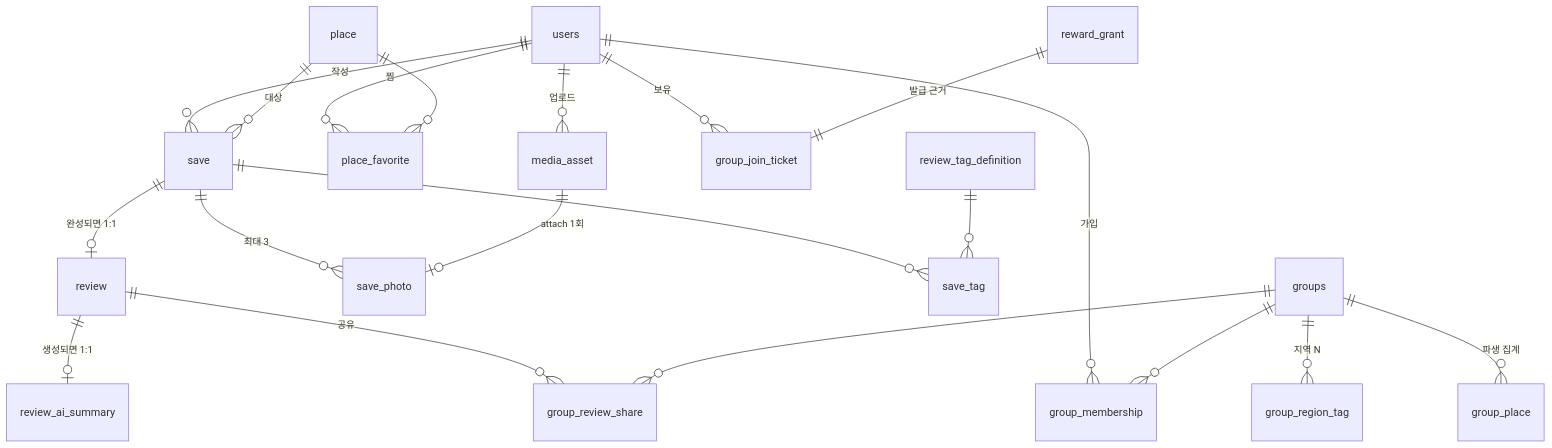
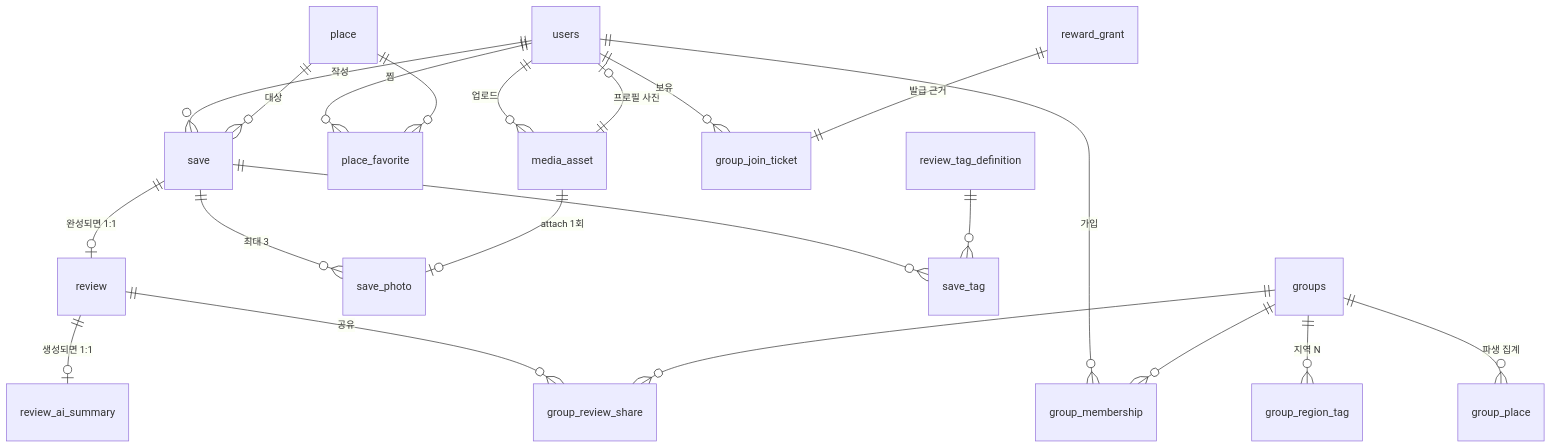
One commit to mash-up-kr/TMT-BE changed the diagram in docs/DB-SCHEMA.md. Above: the diagram before and after it, drawn with Mermaid. The commit also changed other lines of this file and 25 other files, not shown here.

````diff
--- a/docs/DB-SCHEMA.md
+++ b/docs/DB-SCHEMA.md
@@ -15,22 +15,23 @@
 ```mermaid
 erDiagram
     users ||--o{ save : "작성"
     users ||--o{ place_favorite : "찜"
     users ||--o{ media_asset : "업로드"
+    media_asset ||--o| users : "프로필 사진"
     users ||--o{ group_join_ticket : "보유"
     users ||--o{ group_membership : "가입"
     place ||--o{ save : "대상"
     place ||--o{ place_favorite : ""
     save ||--o| review : "완성되면 1:1"
     save ||--o{ save_photo : "최대 3"
     save ||--o{ save_tag : ""
     review_tag_definition ||--o{ save_tag : ""
     media_asset ||--o| save_photo : "attach 1회"
     review ||--o| review_ai_summary : "생성되면 1:1"
     review ||--o{ group_review_share : "공유"
     reward_grant ||--|| group_join_ticket : "발급 근거"
     groups ||--o{ group_membership : ""
     groups ||--o{ group_review_share : ""
     groups ||--o{ group_region_tag : "지역 N"
     groups ||--o{ group_place : "파생 집계"
 ```
````
